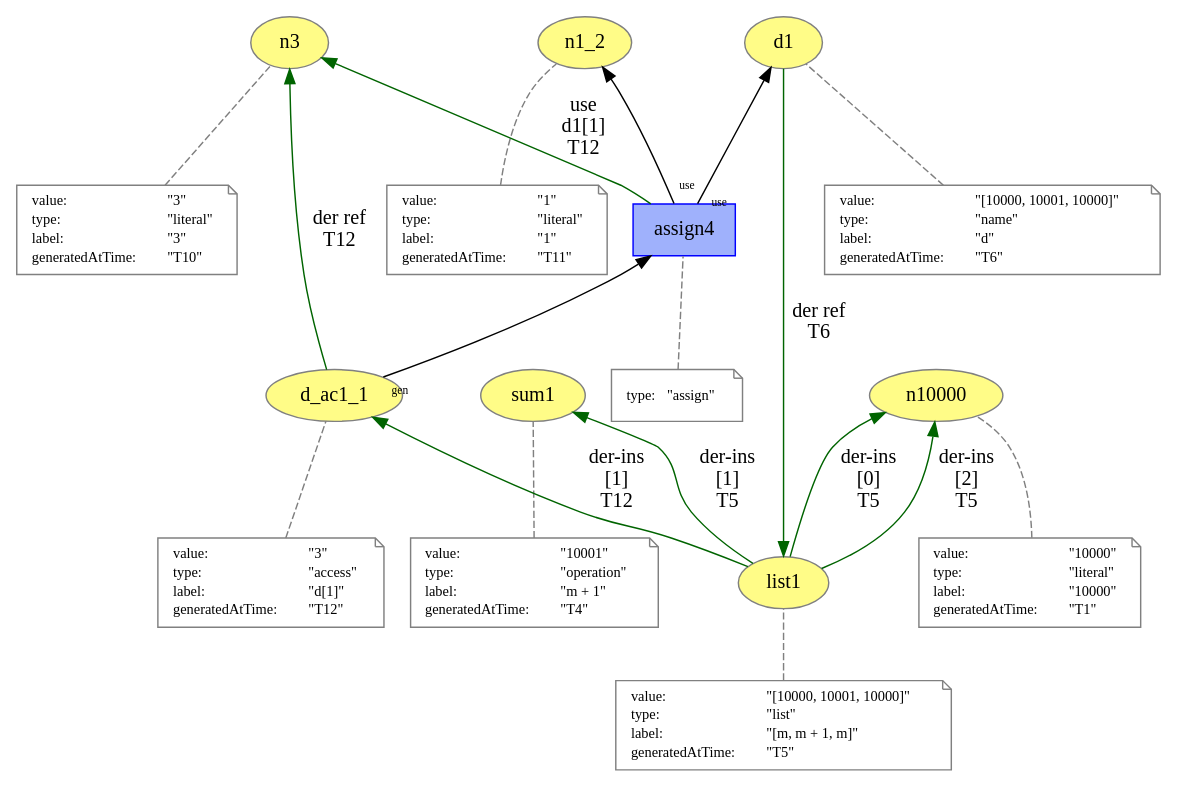
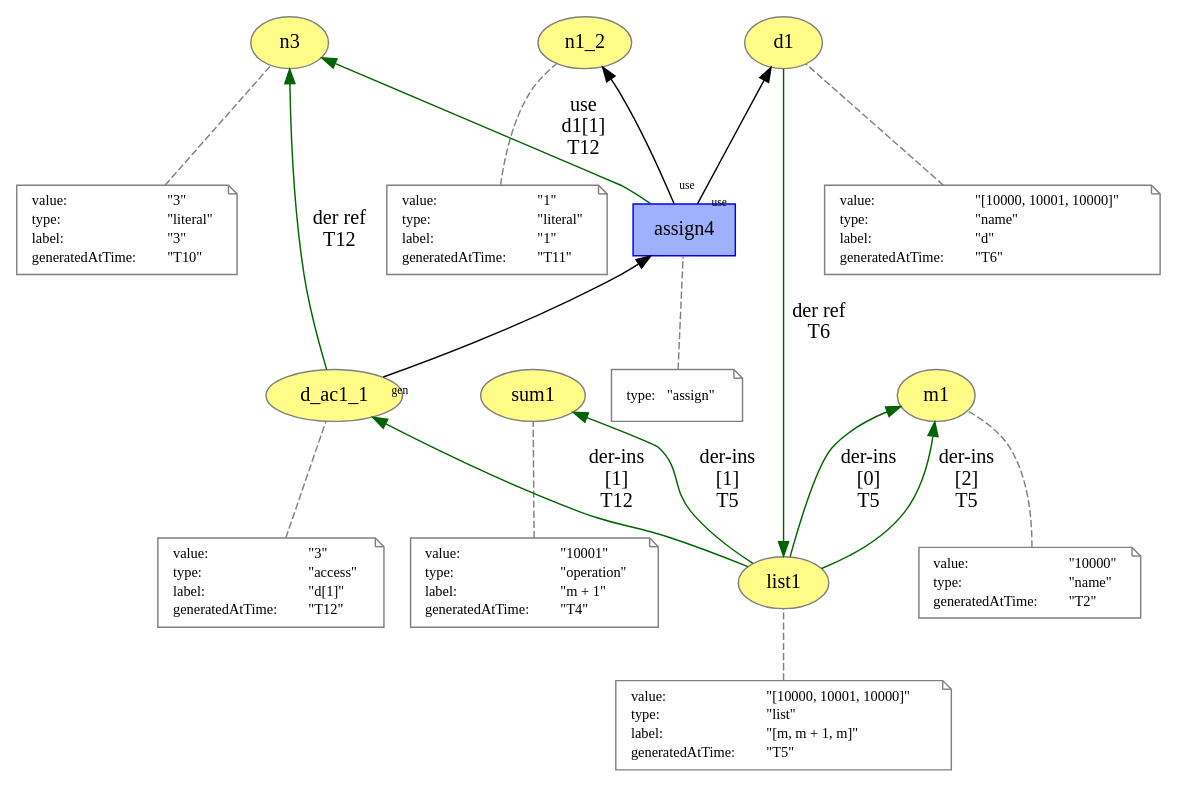
One commit to dew-uff/versioned-prov changed the diagram in versioned_prov/part_assign.dot. Above: the diagram before and after it, drawn with Graphviz. The commit also changed 47 other files, not shown here.

```diff
--- a/versioned_prov/part_assign.dot
+++ b/versioned_prov/part_assign.dot
@@ -1,172 +1,168 @@
 digraph "PROV" { size="16,12"; rankdir="BT";
-"http://example.org/n10000" [fillcolor="#FFFC87",color="#808080",style="filled",label="n10000",URL="http://example.org/n10000"]
+"http://example.org/m1" [fillcolor="#FFFC87",color="#808080",style="filled",label="m1",URL="http://example.org/m1"]
 "-attrs0" [color="gray",shape="note",fontsize="10",fontcolor="black",label=<<TABLE cellpadding="0" border="0">
 	<TR>
 	    <TD align="left">value:</TD>
 	    <TD align="left">&quot;10000&quot;</TD>
 	</TR>
 	<TR>
 	    <TD align="left">type:</TD>
-	    <TD align="left">&quot;literal&quot;</TD>
-	</TR>
-	<TR>
-	    <TD align="left">label:</TD>
-	    <TD align="left">&quot;10000&quot;</TD>
+	    <TD align="left">&quot;name&quot;</TD>
 	</TR>
 	<TR>
 	    <TD align="left">generatedAtTime:</TD>
-	    <TD align="left">&quot;T1&quot;</TD>
+	    <TD align="left">&quot;T2&quot;</TD>
 	</TR>
 </TABLE>>]
-"-attrs0" -> "http://example.org/n10000" [color="gray",style="dashed",arrowhead="none"]
+"-attrs0" -> "http://example.org/m1" [color="gray",style="dashed",arrowhead="none"]
 "http://example.org/sum1" [fillcolor="#FFFC87",color="#808080",style="filled",label="sum1",URL="http://example.org/sum1"]
 "-attrs1" [color="gray",shape="note",fontsize="10",fontcolor="black",label=<<TABLE cellpadding="0" border="0">
 	<TR>
 	    <TD align="left">value:</TD>
 	    <TD align="left">&quot;10001&quot;</TD>
 	</TR>
 	<TR>
 	    <TD align="left">type:</TD>
 	    <TD align="left">&quot;operation&quot;</TD>
 	</TR>
 	<TR>
 	    <TD align="left">label:</TD>
 	    <TD align="left">&quot;m + 1&quot;</TD>
 	</TR>
 	<TR>
 	    <TD align="left">generatedAtTime:</TD>
 	    <TD align="left">&quot;T4&quot;</TD>
 	</TR>
 </TABLE>>]
 "-attrs1" -> "http://example.org/sum1" [color="gray",style="dashed",arrowhead="none"]
 "http://example.org/list1" [fillcolor="#FFFC87",color="#808080",style="filled",label="list1",URL="http://example.org/list1"]
 "-attrs2" [color="gray",shape="note",fontsize="10",fontcolor="black",label=<<TABLE cellpadding="0" border="0">
 	<TR>
 	    <TD align="left">value:</TD>
 	    <TD align="left">&quot;[10000, 10001, 10000]&quot;</TD>
 	</TR>
 	<TR>
 	    <TD align="left">type:</TD>
 	    <TD align="left">&quot;list&quot;</TD>
 	</TR>
 	<TR>
 	    <TD align="left">label:</TD>
 	    <TD align="left">&quot;[m, m + 1, m]&quot;</TD>
 	</TR>
 	<TR>
 	    <TD align="left">generatedAtTime:</TD>
 	    <TD align="left">&quot;T5&quot;</TD>
 	</TR>
 </TABLE>>]
 "-attrs2" -> "http://example.org/list1" [color="gray",style="dashed",arrowhead="none"]
-"http://example.org/list1" -> "http://example.org/n10000" [labelfontsize="8",labeldistance="1.5",color="darkgreen",labelangle="60.0",rotation="20",label="der-ins
+"http://example.org/list1" -> "http://example.org/m1" [labelfontsize="8",labeldistance="1.5",color="darkgreen",labelangle="60.0",rotation="20",label="der-ins
 [0]
 T5"]
 "http://example.org/list1" -> "http://example.org/sum1" [labelfontsize="8",labeldistance="1.5",color="darkgreen",labelangle="60.0",rotation="20",label="der-ins
 [1]
 T5"]
-"http://example.org/list1" -> "http://example.org/n10000" [labelfontsize="8",labeldistance="1.5",color="darkgreen",labelangle="60.0",rotation="20",label="der-ins
+"http://example.org/list1" -> "http://example.org/m1" [labelfontsize="8",labeldistance="1.5",color="darkgreen",labelangle="60.0",rotation="20",label="der-ins
 [2]
 T5"]
 "http://example.org/d1" [fillcolor="#FFFC87",color="#808080",style="filled",label="d1",URL="http://example.org/d1"]
 "-attrs3" [color="gray",shape="note",fontsize="10",fontcolor="black",label=<<TABLE cellpadding="0" border="0">
 	<TR>
 	    <TD align="left">value:</TD>
 	    <TD align="left">&quot;[10000, 10001, 10000]&quot;</TD>
 	</TR>
 	<TR>
 	    <TD align="left">type:</TD>
 	    <TD align="left">&quot;name&quot;</TD>
 	</TR>
 	<TR>
 	    <TD align="left">label:</TD>
 	    <TD align="left">&quot;d&quot;</TD>
 	</TR>
 	<TR>
 	    <TD align="left">generatedAtTime:</TD>
 	    <TD align="left">&quot;T6&quot;</TD>
 	</TR>
 </TABLE>>]
 "-attrs3" -> "http://example.org/d1" [color="gray",style="dashed",arrowhead="none"]
 "http://example.org/d1" -> "http://example.org/list1" [labelfontsize="8",labeldistance="1.5",color="darkgreen",labelangle="60.0",rotation="20",label="der ref
 T6"]
 "http://example.org/n3" [fillcolor="#FFFC87",color="#808080",style="filled",label="n3",URL="http://example.org/n3"]
 "-attrs4" [color="gray",shape="note",fontsize="10",fontcolor="black",label=<<TABLE cellpadding="0" border="0">
 	<TR>
 	    <TD align="left">value:</TD>
 	    <TD align="left">&quot;3&quot;</TD>
 	</TR>
 	<TR>
 	    <TD align="left">type:</TD>
 	    <TD align="left">&quot;literal&quot;</TD>
 	</TR>
 	<TR>
 	    <TD align="left">label:</TD>
 	    <TD align="left">&quot;3&quot;</TD>
 	</TR>
 	<TR>
 	    <TD align="left">generatedAtTime:</TD>
 	    <TD align="left">&quot;T10&quot;</TD>
 	</TR>
 </TABLE>>]
 "-attrs4" -> "http://example.org/n3" [color="gray",style="dashed",arrowhead="none"]
 "http://example.org/n1_2" [fillcolor="#FFFC87",color="#808080",style="filled",label="n1_2",URL="http://example.org/n1_2"]
 "-attrs5" [color="gray",shape="note",fontsize="10",fontcolor="black",label=<<TABLE cellpadding="0" border="0">
 	<TR>
 	    <TD align="left">value:</TD>
 	    <TD align="left">&quot;1&quot;</TD>
 	</TR>
 	<TR>
 	    <TD align="left">type:</TD>
 	    <TD align="left">&quot;literal&quot;</TD>
 	</TR>
 	<TR>
 	    <TD align="left">label:</TD>
 	    <TD align="left">&quot;1&quot;</TD>
 	</TR>
 	<TR>
 	    <TD align="left">generatedAtTime:</TD>
 	    <TD align="left">&quot;T11&quot;</TD>
 	</TR>
 </TABLE>>]
 "-attrs5" -> "http://example.org/n1_2" [color="gray",style="dashed",arrowhead="none"]
 "http://example.org/d_ac1_1" [fillcolor="#FFFC87",color="#808080",style="filled",label="d_ac1_1",URL="http://example.org/d_ac1_1"]
 "-attrs6" [color="gray",shape="note",fontsize="10",fontcolor="black",label=<<TABLE cellpadding="0" border="0">
 	<TR>
 	    <TD align="left">value:</TD>
 	    <TD align="left">&quot;3&quot;</TD>
 	</TR>
 	<TR>
 	    <TD align="left">type:</TD>
 	    <TD align="left">&quot;access&quot;</TD>
 	</TR>
 	<TR>
 	    <TD align="left">label:</TD>
 	    <TD align="left">&quot;d[1]&quot;</TD>
 	</TR>
 	<TR>
 	    <TD align="left">generatedAtTime:</TD>
 	    <TD align="left">&quot;T12&quot;</TD>
 	</TR>
 </TABLE>>]
 "-attrs6" -> "http://example.org/d_ac1_1" [color="gray",style="dashed",arrowhead="none"]
 "http://example.org/list1" -> "http://example.org/d_ac1_1" [labelfontsize="8",labeldistance="1.5",color="darkgreen",labelangle="60.0",rotation="20",label="der-ins
 [1]
 T12"]
 "http://example.org/assign4" [fillcolor="#9FB1FC",color="#0000FF",shape="polygon",sides="4",style="filled",label="assign4",URL="http://example.org/assign4"]
 "-attrs7" [color="gray",shape="note",fontsize="10",fontcolor="black",label=<<TABLE cellpadding="0" border="0">
 	<TR>
 	    <TD align="left">type:</TD>
 	    <TD align="left">&quot;assign&quot;</TD>
 	</TR>
 </TABLE>>]
 "-attrs7" -> "http://example.org/assign4" [color="gray",style="dashed",arrowhead="none"]
 "http://example.org/assign4" -> "http://example.org/d1" [labelfontsize="8",labeldistance="1.5",labelangle="60.0",rotation="20",taillabel="use"]
 "http://example.org/assign4" -> "http://example.org/n1_2" [labelfontsize="8",labeldistance="1.5",labelangle="60.0",rotation="20",taillabel="use"]
 "http://example.org/assign4" -> "http://example.org/n3" [labelfontsize="8",labeldistance="1.5",color="darkgreen",labelangle="60.0",rotation="20",label="use
 d1[1]
 T12"]
 "http://example.org/d_ac1_1" -> "http://example.org/assign4" [labelfontsize="8",labeldistance="1.5",labelangle="60.0",rotation="20",taillabel="gen"]
 "http://example.org/d_ac1_1" -> "http://example.org/n3" [labelfontsize="8",labeldistance="1.5",color="darkgreen",labelangle="60.0",rotation="20",label="der ref
 T12"]
 }
```
